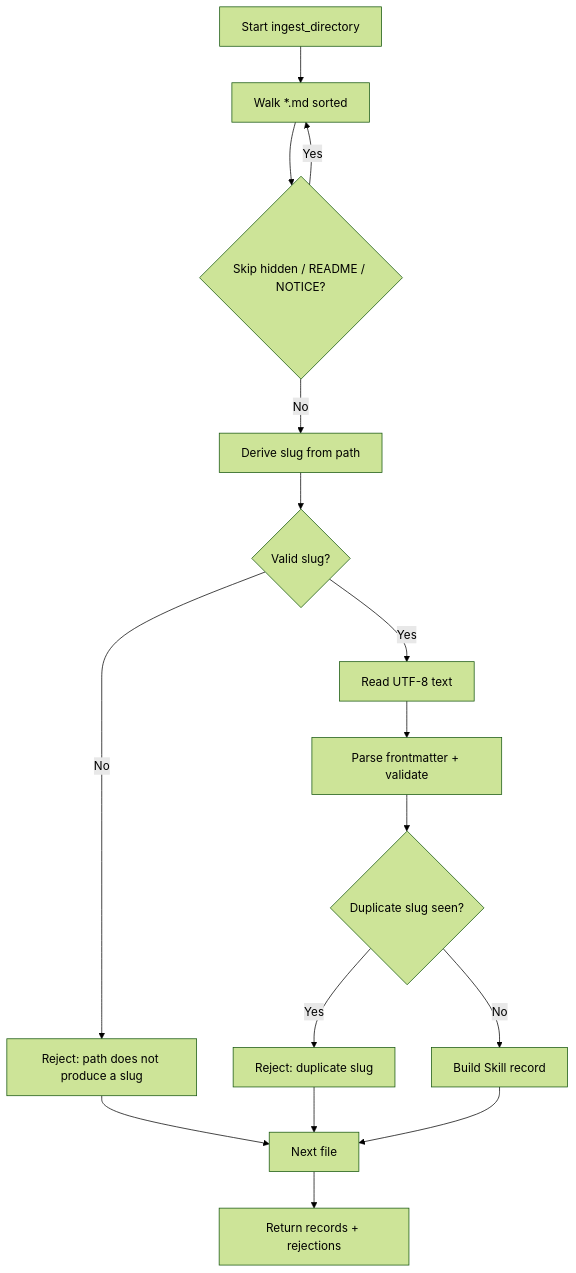
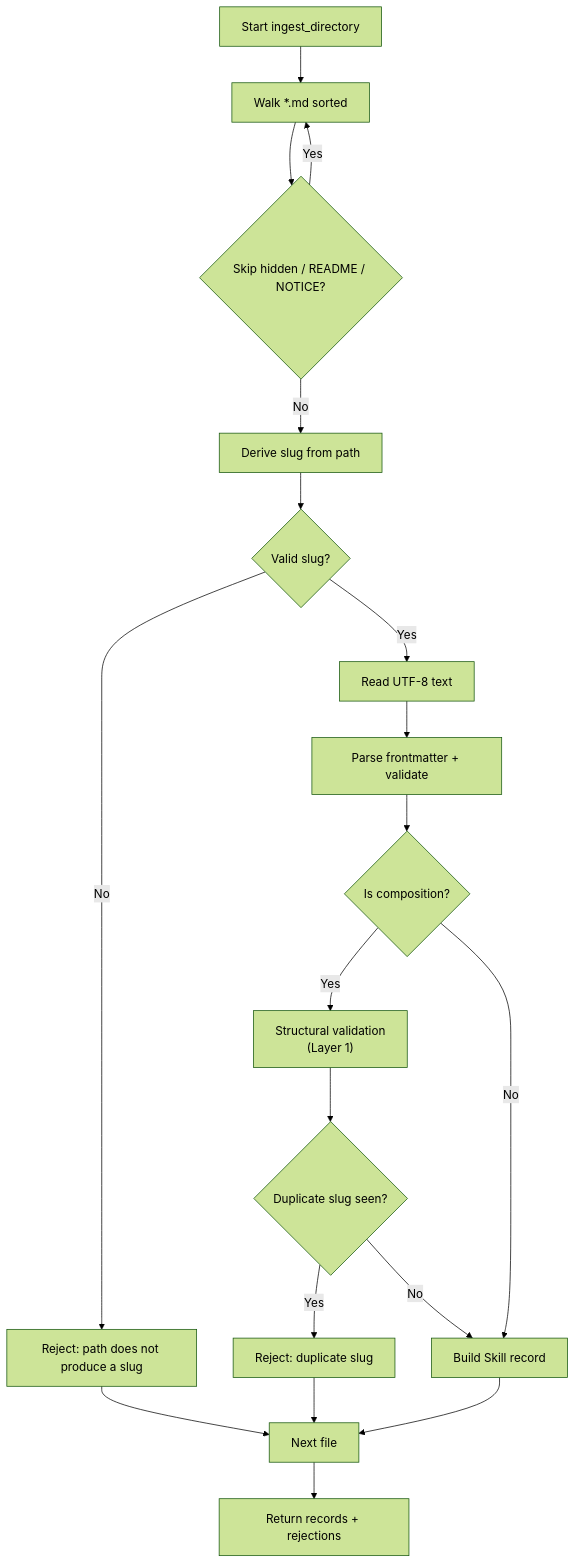
One commit to metasync/luban-aiops changed the sixth of 9 diagrams in .qoder/repowiki/en/content/Core Services/Skills Hub/Synchronization Mechanism.md. Above: the diagram before and after it, drawn with Mermaid (forest theme). The commit also changed other lines of this file and 242 other files, not shown here.

Commit message:
docs: regenerate repowiki for v0.40.0 skill composition runbooks

````diff
--- a/.qoder/repowiki/en/content/Core Services/Skills Hub/Synchronization Mechanism.md
+++ b/.qoder/repowiki/en/content/Core Services/Skills Hub/Synchronization Mechanism.md
@@ -186,18 +260,21 @@
 ```mermaid
 flowchart TD
 S["Start ingest_directory"] --> W["Walk *.md sorted"]
 W --> P{"Skip hidden / README / NOTICE?"}
 P --> |Yes| W
 P --> |No| Slug["Derive slug from path"]
 Slug --> ValidSlug{"Valid slug?"}
 ValidSlug --> |No| Reject1["Reject: path does not produce a slug"]
 ValidSlug --> |Yes| Read["Read UTF-8 text"]
 Read --> Parse["Parse frontmatter + validate"]
-Parse --> Dup{"Duplicate slug seen?"}
+Parse --> Comp{"Is composition?"}
+Comp --> |Yes| StructVal["Structural validation<br/>(Layer 1)"]
+Comp --> |No| Build["Build Skill record"]
+StructVal --> Dup{"Duplicate slug seen?"}
 Dup --> |Yes| Reject2["Reject: duplicate slug"]
-Dup --> |No| Build["Build Skill record"]
+Dup --> |No| Build
 Build --> Next["Next file"]
 Reject1 --> Next
 Reject2 --> Next
 Next --> End["Return records + rejections"]
 ```
````
